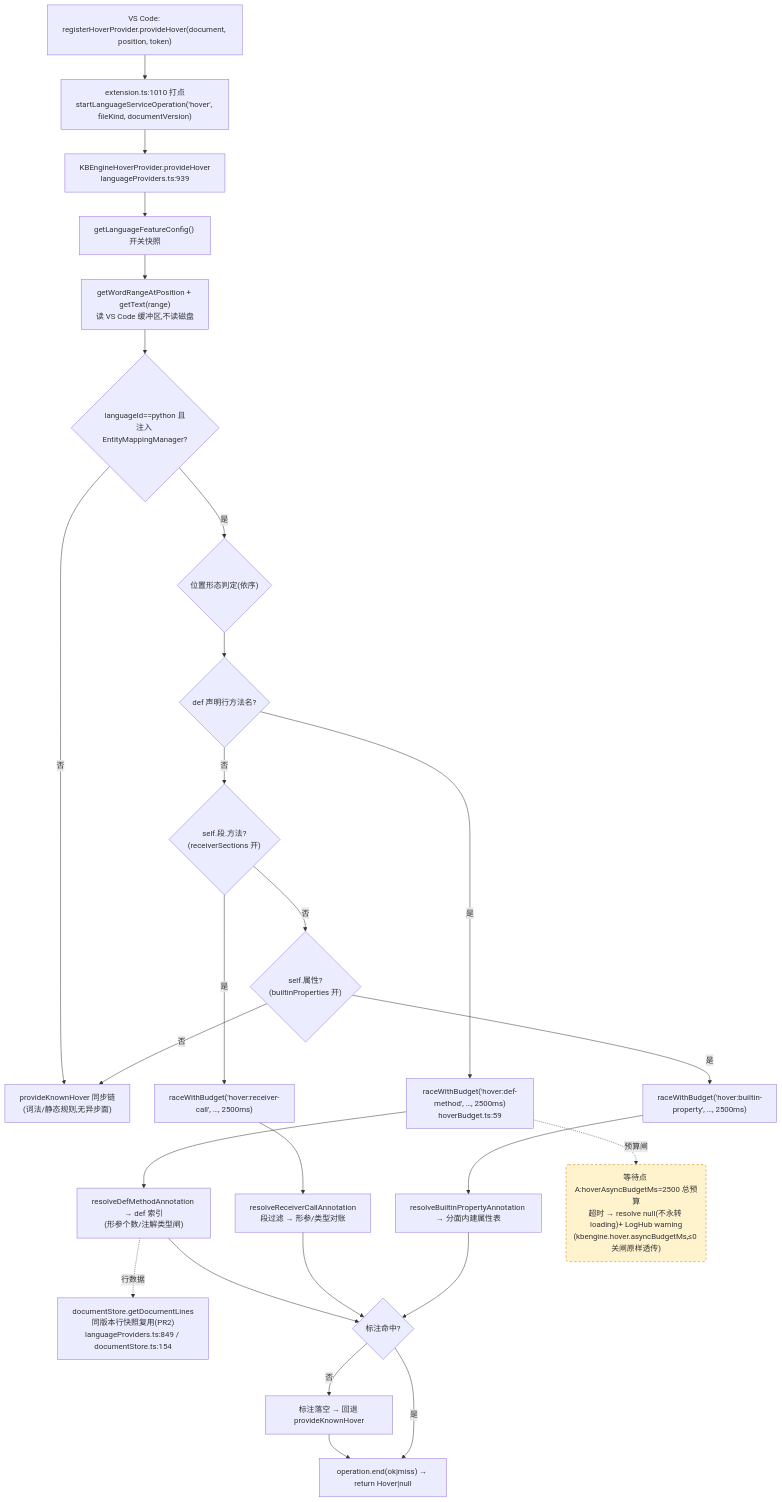
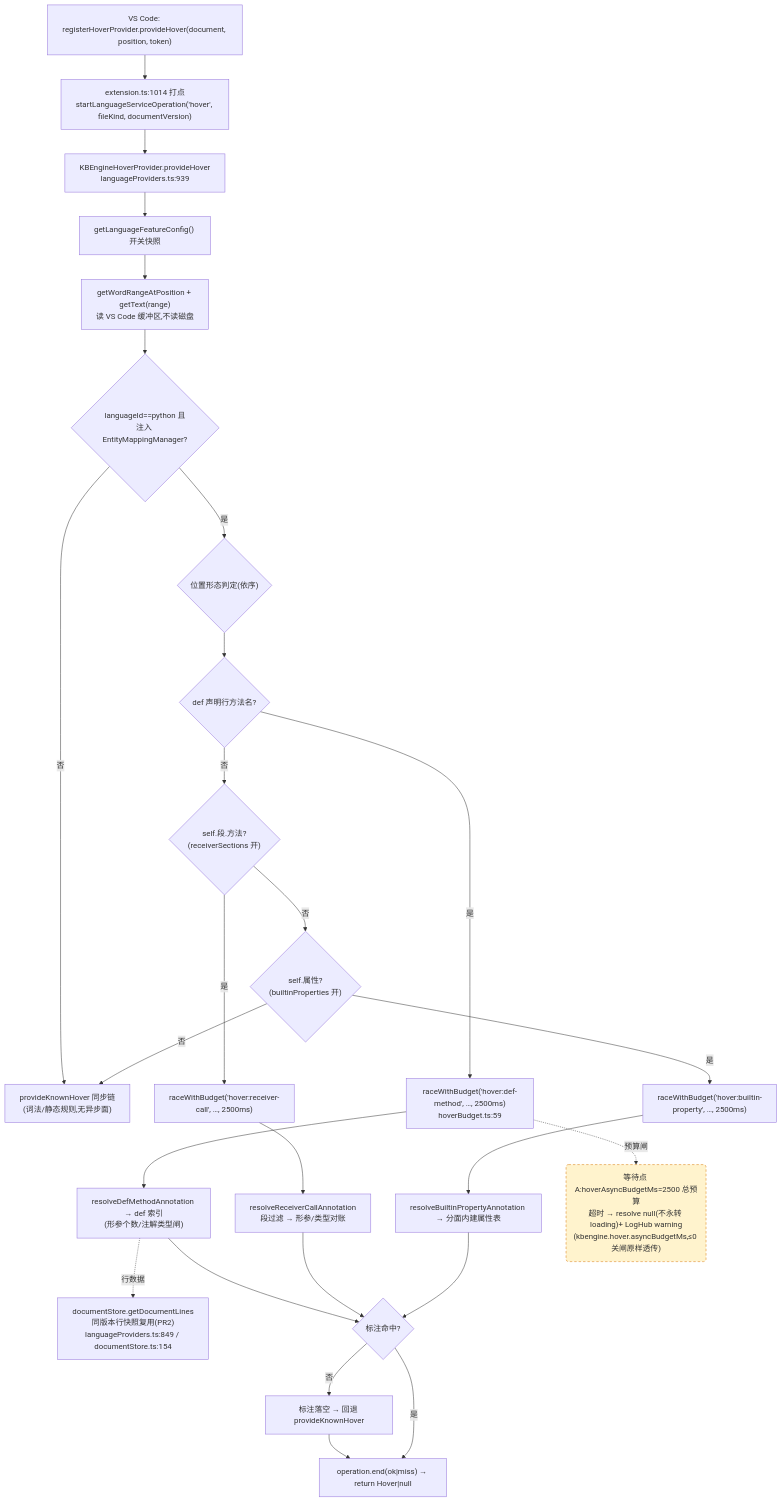
Before and after one commit to cuihairu/kode: the first of 4 diagrams in docs/perf/2026-baseline.md, drawn with Mermaid. The commit also changed other lines of this file and 3 other files, not shown here.

````diff
--- a/docs/perf/2026-baseline.md
+++ b/docs/perf/2026-baseline.md
@@ -82,45 +82,45 @@
 ```mermaid
 flowchart TD
   VC1["VS Code: registerHoverProvider.provideHover(document, position, token)"]
-  M1["extension.ts:1010 打点<br/>startLanguageServiceOperation('hover', fileKind, documentVersion)"]
+  M1["extension.ts:1014 打点<br/>startLanguageServiceOperation('hover', fileKind, documentVersion)"]
   HP["KBEngineHoverProvider.provideHover<br/>languageProviders.ts:939"]
   CFG["getLanguageFeatureConfig() 开关快照"]
   WORD["getWordRangeAtPosition + getText(range)<br/>读 VS Code 缓冲区,不读磁盘"]
   BR{"languageId==python 且<br/>注入 EntityMappingManager?"}
   KN["provideKnownHover 同步链<br/>(词法/静态规则,无异步面)"]
   POS{"位置形态判定(依序)"}
   D1{"def 声明行方法名?"}
   D2{"self.段.方法?<br/>(receiverSections 开)"}
   D3{"self.属性?<br/>(builtinProperties 开)"}
   RA1["raceWithBudget('hover:def-method', …, 2500ms)<br/>hoverBudget.ts:59"]
   RA2["raceWithBudget('hover:receiver-call', …, 2500ms)"]
   RA3["raceWithBudget('hover:builtin-property', …, 2500ms)"]
   RS1["resolveDefMethodAnnotation → def 索引<br/>(形参个数/注解类型闸)"]
   RS2["resolveReceiverCallAnnotation<br/>段过滤 → 形参/类型对账"]
   RS3["resolveBuiltinPropertyAnnotation → 分面内建属性表"]
   LINES["documentStore.getDocumentLines<br/>同版本行快照复用(PR2)<br/>languageProviders.ts:849 / documentStore.ts:154"]
   MISS["标注落空 → 回退 provideKnownHover"]
   END1["operation.end(ok|miss) → return Hover|null"]
 
   VC1 --> M1 --> HP --> CFG --> WORD --> BR
   BR -- "否" --> KN
   BR -- "是" --> POS --> D1
   D1 -- "是" --> RA1 --> RS1
   D1 -- "否" --> D2
   D2 -- "是" --> RA2 --> RS2
   D2 -- "否" --> D3
   D3 -- "是" --> RA3 --> RS3
   D3 -- "否" --> KN
   RS1 --> HIT{"标注命中?"}
   RS2 --> HIT
   RS3 --> HIT
   RS1 -.->|行数据| LINES
   HIT -- "否" --> MISS --> END1
   HIT -- "是" --> END1
 
   WAITA("等待点 A:hoverAsyncBudgetMs=2500 总预算<br/>超时 → resolve null(不永转 loading)+ LogHub warning<br/>(kbengine.hover.asyncBudgetMs,≤0 关闸原样透传)")
   RA1 -.->|预算闸| WAITA
 
   classDef waitPoint fill:#fff3cd,stroke:#d97706,stroke-dasharray:5 4;
   class WAITA waitPoint;
 ```
````
